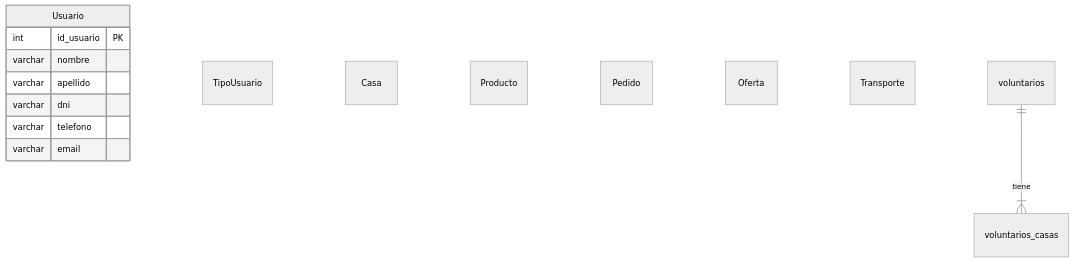
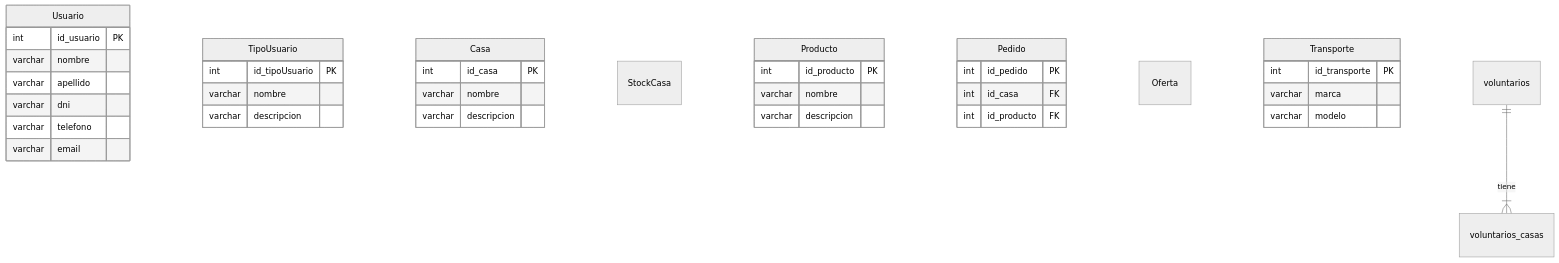
The diagram in uml.mmd (FrancoECeballos/FAT2024G3), drawn with Mermaid (neutral theme) before and after one commit.

```diff
--- a/uml.mmd
+++ b/uml.mmd
@@ -1,25 +1,41 @@
 erDiagram
 
 Usuario{
     int id_usuario PK
     varchar nombre
     varchar apellido
     varchar dni
     varchar telefono
     varchar email
 }
-
 TipoUsuario{
+    int id_tipoUsuario PK
+    varchar nombre
+    varchar descripcion
 }
 Casa{
+    int id_casa PK
+    varchar nombre
+    varchar descripcion
+}
+StockCasa{
 }
 Producto{
+    int id_producto PK
+    varchar nombre
+    varchar descripcion
 }
 Pedido{
+    int id_pedido PK
+    int id_casa FK
+    int id_producto FK
 }
 Oferta{
 }
 Transporte{
+    int id_transporte PK
+    varchar marca
+    varchar modelo
 }
 
 voluntarios 1--1+ voluntarios_casas: tiene
```
